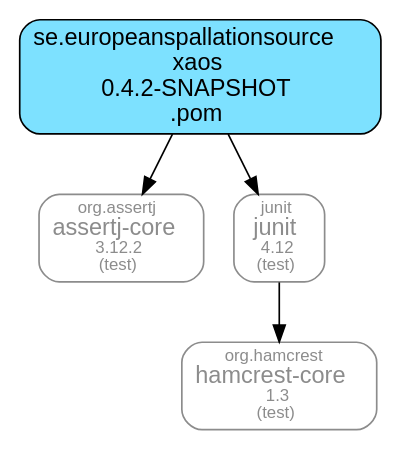
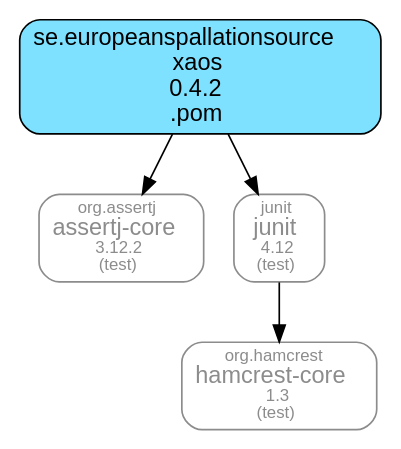
One commit to ESSICS/XAOS changed the diagram in doc/maven-dependencies.dot. Above: the diagram before and after it, drawn with Graphviz. The commit also changed 37 other files, not shown here.

```diff
--- a/doc/maven-dependencies.dot
+++ b/doc/maven-dependencies.dot
@@ -1,15 +1,15 @@
 digraph "xaos" {
   node [shape="box",style="rounded",fontname="Helvetica",fontsize="14"]
   edge [fontsize="10",fontname="Helvetica"]
 
   // Node Definitions:
-  "se.europeanspallationsource:xaos:pom"[shape="box",style="rounded, filled",fillcolor="#7DE1FF",label=<se.europeanspallationsource<br/>xaos<br/>0.4.2-SNAPSHOT<br/>.pom>]
+  "se.europeanspallationsource:xaos:pom"[shape="box",style="rounded, filled",fillcolor="#7DE1FF",label=<se.europeanspallationsource<br/>xaos<br/>0.4.2<br/>.pom>]
   "org.assertj:assertj-core:jar"[shape="box",style="rounded",color="grey55",fontname="Helvetica",fontsize="14",fontcolor="grey55",label=<<font color="grey55" point-size="10">org.assertj</font><br/>assertj-core<font color="grey55" point-size="10"><br/>3.12.2</font><font color="grey55" point-size="10"><br/>(test)</font>>]
   "junit:junit:jar"[shape="box",style="rounded",color="grey55",fontname="Helvetica",fontsize="14",fontcolor="grey55",label=<<font color="grey55" point-size="10">junit</font><br/>junit<font color="grey55" point-size="10"><br/>4.12</font><font color="grey55" point-size="10"><br/>(test)</font>>]
   "org.hamcrest:hamcrest-core:jar"[shape="box",style="rounded",color="grey55",fontname="Helvetica",fontsize="14",fontcolor="grey55",label=<<font color="grey55" point-size="10">org.hamcrest</font><br/>hamcrest-core<font color="grey55" point-size="10"><br/>1.3</font><font color="grey55" point-size="10"><br/>(test)</font>>]
 
   // Edge Definitions:
   "se.europeanspallationsource:xaos:pom" -> "org.assertj:assertj-core:jar"
   "junit:junit:jar" -> "org.hamcrest:hamcrest-core:jar"
   "se.europeanspallationsource:xaos:pom" -> "junit:junit:jar"
 }
```
